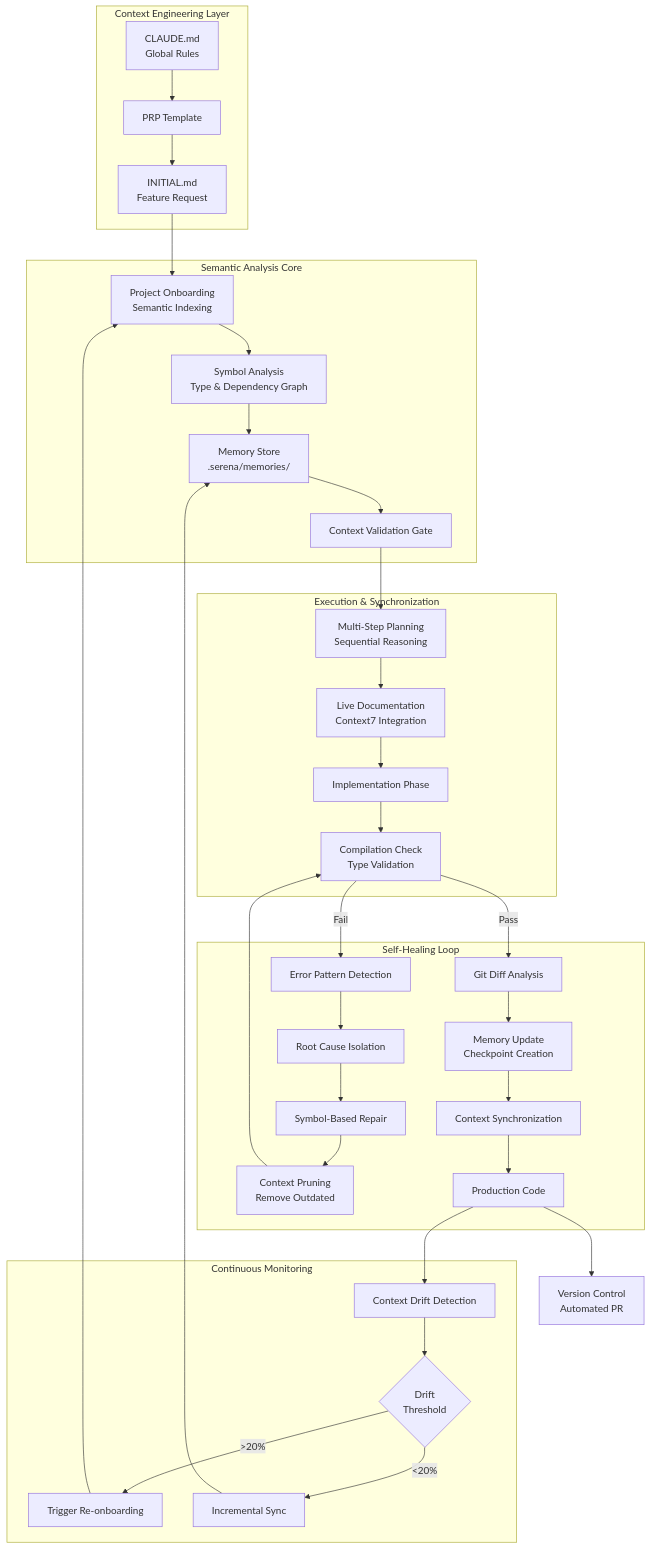
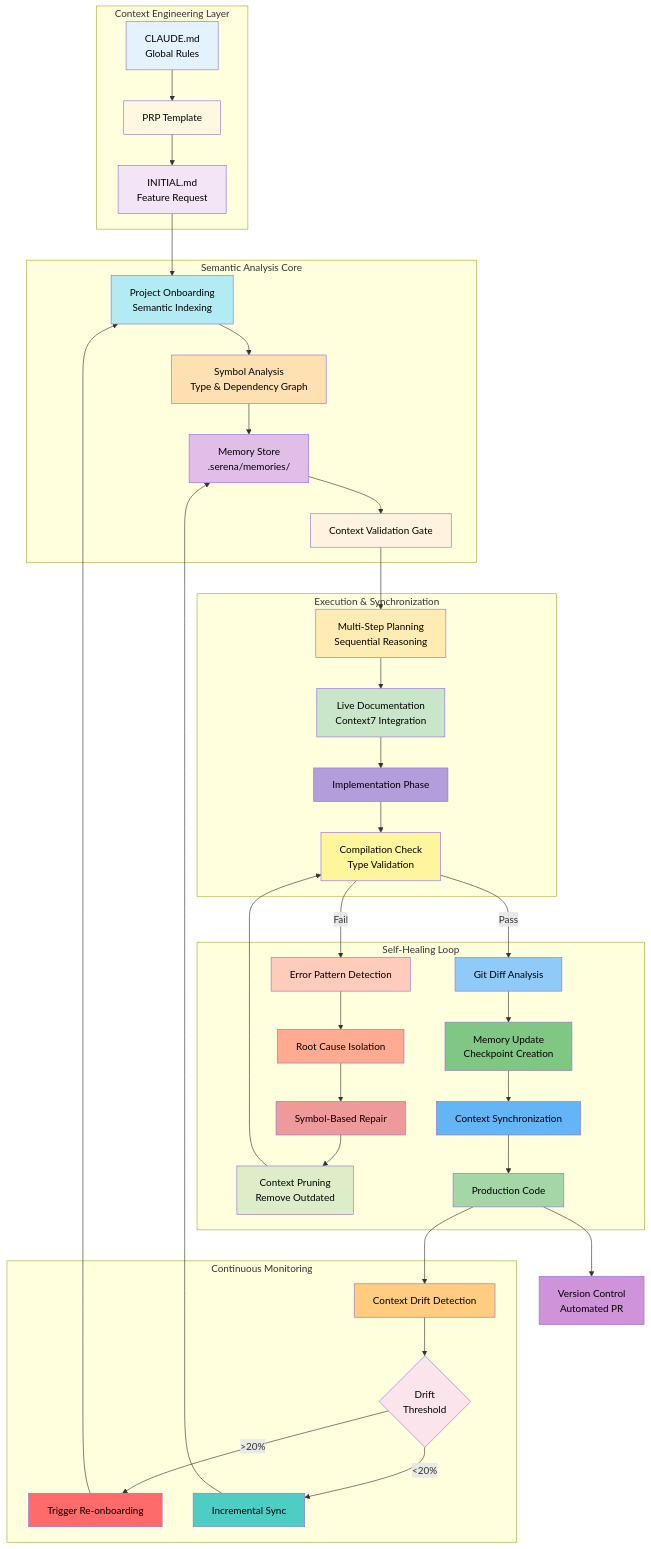
Before and after one commit to bprzybys-nc/ctx-eng-plus: the first of 7 diagrams in docs/04-self-healing-framework.md, drawn with Mermaid. The commit also changed other lines of this file and 8 other files, not shown here.

````diff
--- a/docs/04-self-healing-framework.md
+++ b/docs/04-self-healing-framework.md
@@ -20,47 +20,72 @@
 ```mermaid
 graph TB
     subgraph "Context Engineering Layer"
         A["CLAUDE.md<br/>Global Rules"] --> B["PRP Template"]
         B --> C["INITIAL.md<br/>Feature Request"]
     end
 
     subgraph "Semantic Analysis Core"
         C --> D["Project Onboarding<br/>Semantic Indexing"]
         D --> E["Symbol Analysis<br/>Type & Dependency Graph"]
         E --> F["Memory Store<br/>.serena/memories/"]
         F --> G["Context Validation Gate"]
     end
 
     subgraph "Execution & Synchronization"
         G --> H["Multi-Step Planning<br/>Sequential Reasoning"]
         H --> I["Live Documentation<br/>Context7 Integration"]
         I --> J["Implementation Phase"]
         J --> K["Compilation Check<br/>Type Validation"]
     end
 
     subgraph "Self-Healing Loop"
         K -->|Pass| L["Git Diff Analysis"]
         K -->|Fail| M["Error Pattern Detection"]
 
         M --> N["Root Cause Isolation"]
         N --> O["Symbol-Based Repair"]
         O --> P["Context Pruning<br/>Remove Outdated"]
         P --> K
 
         L --> Q["Memory Update<br/>Checkpoint Creation"]
         Q --> R["Context Synchronization"]
         R --> S["Production Code"]
     end
 
     S --> T["Version Control<br/>Automated PR"]
 
     subgraph "Continuous Monitoring"
         S --> U["Context Drift Detection"]
         U --> V{"Drift<br/>Threshold"}
         V -->|">20%"| W["Trigger Re-onboarding"]
         V -->|"<20%"| X["Incremental Sync"]
 
         W --> D
         X --> F
     end
+
+    style A fill:#e3f2fd,color:#000
+    style B fill:#fff8e1,color:#000
+    style C fill:#f3e5f5,color:#000
+    style D fill:#b2ebf2,color:#000
+    style E fill:#ffe0b2,color:#000
+    style F fill:#e1bee7,color:#000
+    style G fill:#fff3e0,color:#000
+    style H fill:#ffecb3,color:#000
+    style I fill:#c8e6c9,color:#000
+    style J fill:#b39ddb,color:#000
+    style K fill:#fff59d,color:#000
+    style L fill:#90caf9,color:#000
+    style M fill:#ffccbc,color:#000
+    style N fill:#ffab91,color:#000
+    style O fill:#ef9a9a,color:#000
+    style P fill:#dcedc8,color:#000
+    style Q fill:#81c784,color:#000
+    style R fill:#64b5f6,color:#000
+    style S fill:#a5d6a7,color:#000
+    style T fill:#ce93d8,color:#000
+    style U fill:#ffcc80,color:#000
+    style V fill:#fce4ec,color:#000
+    style W fill:#ff6b6b,color:#000
+    style X fill:#4ecdc4,color:#000
 ```
````
